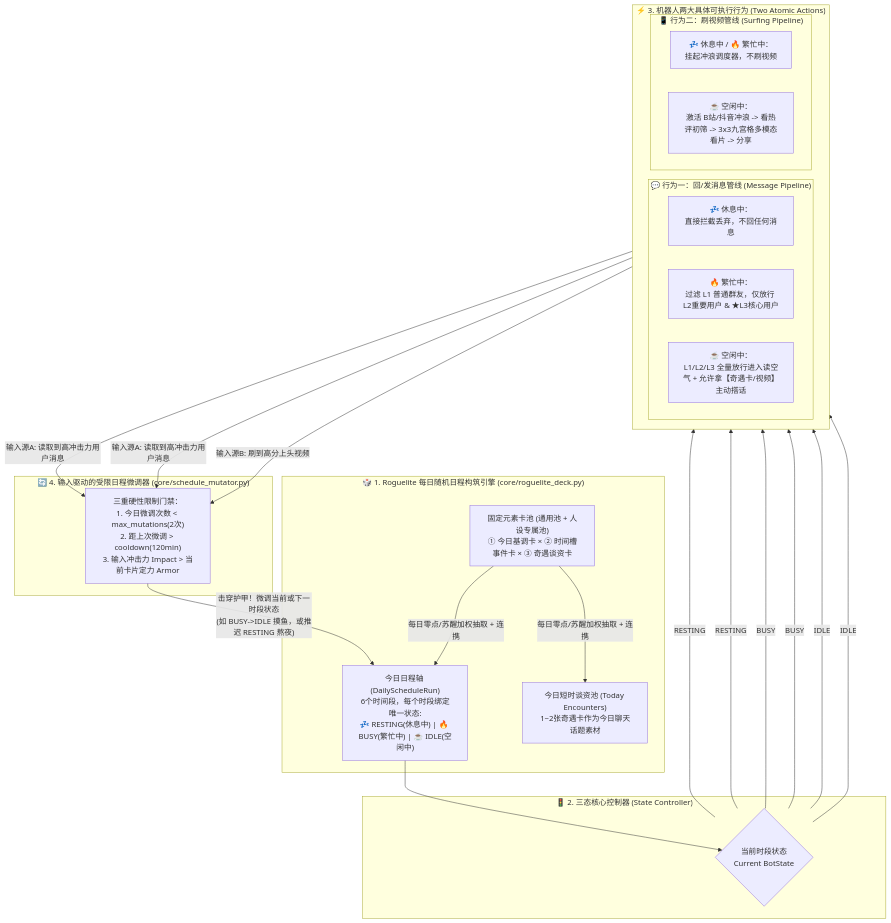
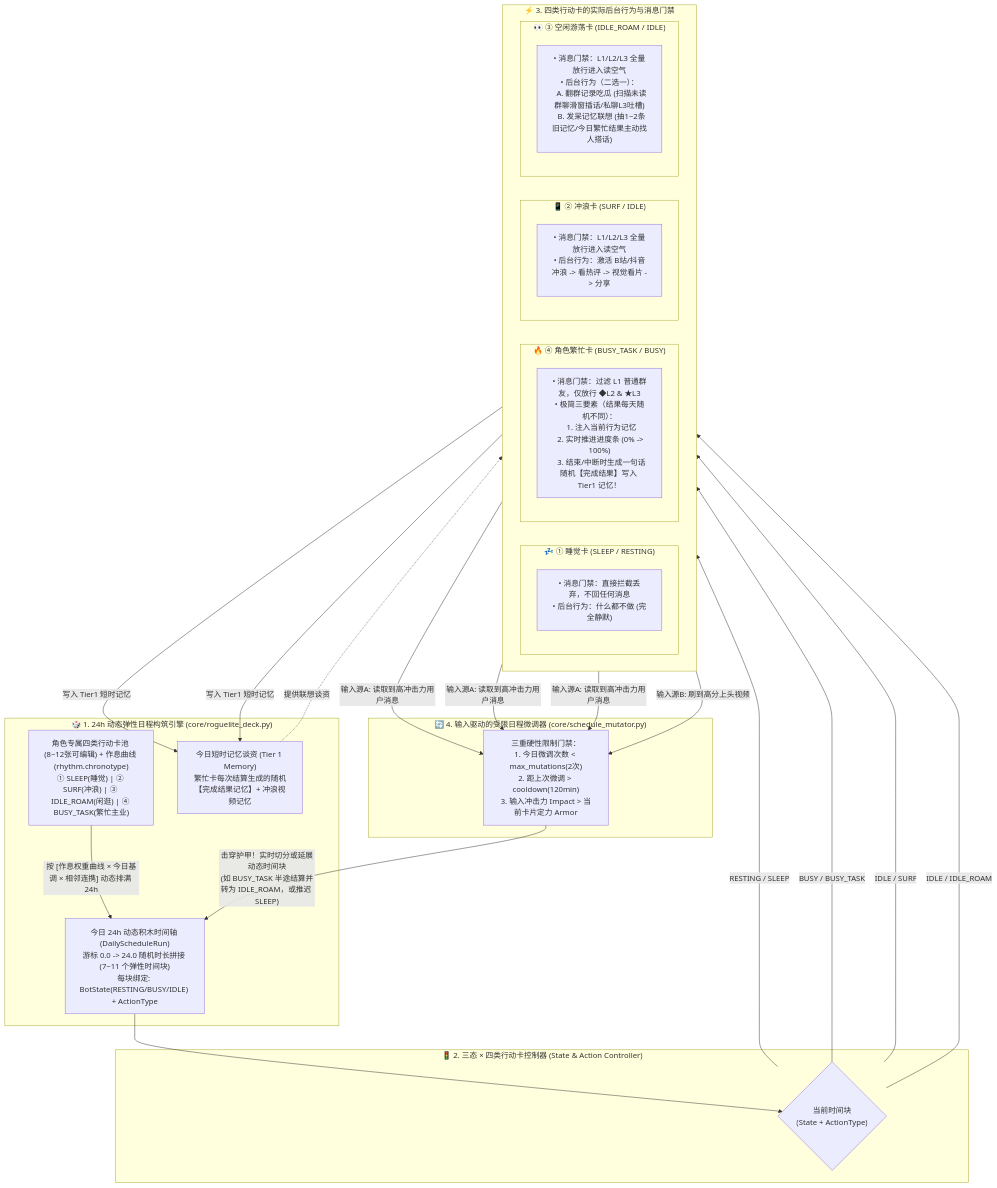
The diagram in docs/ARCHITECTURE.md (hidge123/astrbot_plugin_only_you), drawn with Mermaid before and after one commit. The commit also changed other lines of this file and 41 other files, not shown here.

````diff
--- a/docs/ARCHITECTURE.md
+++ b/docs/ARCHITECTURE.md
@@ -9,40 +9,48 @@
 ```mermaid
 flowchart TB
-    subgraph Roguelite["🎲 1. Roguelite 每日随机日程构筑引擎 (core/roguelite_deck.py)"]
-        Pool["固定元素卡池 (通用池 + 人设专属池)\n① 今日基调卡 × ② 时间槽事件卡 × ③ 奇遇谈资卡"]
-        Timeline["今日日程轴 (DailyScheduleRun)\n6个时间段，每个时段绑定唯一状态:\n💤 RESTING(休息中) | 🔥 BUSY(繁忙中) | ☕ IDLE(空闲中)"]
-        TalkPool["今日短时谈资池 (Today Encounters)\n1~2张奇遇卡作为今日聊天话题素材"]
-        Pool -->|"每日零点/苏醒加权抽取 + 连携"| Timeline & TalkPool
+    subgraph Roguelite["🎲 1. 24h 动态弹性日程构筑引擎 (core/roguelite_deck.py)"]
+        Pool["角色专属四类行动卡池 (8~12张可编辑) + 作息曲线 (rhythm.chronotype)\n① SLEEP(睡觉) | ② SURF(冲浪) | ③ IDLE_ROAM(闲逛) | ④ BUSY_TASK(繁忙主业)"]
+        Timeline["今日 24h 动态积木时间轴 (DailyScheduleRun)\n游标 0.0 -> 24.0 随机时长拼接 (7~11 个弹性时间块)\n每块绑定: BotState(RESTING/BUSY/IDLE) + ActionType"]
+        TalkPool["今日短时记忆谈资 (Tier 1 Memory)\n繁忙卡每次结算生成的随机【完成结果记忆】+ 冲浪视频记忆"]
+        Pool -->|"按 [作息权重曲线 × 今日基调 × 相邻连携] 动态排满 24h"| Timeline
     end
 
-    subgraph StateGate["🚦 2. 三态核心控制器 (State Controller)"]
-        CurState{"当前时段状态\nCurrent BotState"}
-        Timeline --> CurState
+    subgraph StateGate["🚦 2. 三态 × 四类行动卡控制器 (State & Action Controller)"]
+        CurBlock{"当前时间块\n(State + ActionType)"}
+        Timeline --> CurBlock
     end
 
-    subgraph TwoActions["⚡ 3. 机器人两大具体可执行行为 (Two Atomic Actions)"]
+    subgraph ExecPipelines["⚡ 3. 四类行动卡的实际后台行为与消息门禁"]
         direction LR
-        subgraph ActMsg["💬 行为一：回/发消息管线 (Message Pipeline)"]
-            M_Rest["💤 休息中：\n直接拦截丢弃，不回任何消息"]
-            M_Busy["🔥 繁忙中：\n过滤 L1 普通群友，仅放行 L2重要用户 & ★L3核心用户"]
-            M_Idle["☕ 空闲中：\nL1/L2/L3 全量放行进入读空气 + 允许拿【奇遇卡/视频】主动搭话"]
+        subgraph ActSleep["💤 ① 睡觉卡 (SLEEP / RESTING)"]
+            S_Behavior["• 消息门禁：直接拦截丢弃，不回任何消息\n• 后台行为：什么都不做 (完全静默)"]
         end
 
-        subgraph ActVideo["📱 行为二：刷视频管线 (Surfing Pipeline)"]
-            V_Off["💤 休息中 / 🔥 繁忙中：\n挂起冲浪调度器，不刷视频"]
-            V_On["☕ 空闲中：\n激活 B站/抖音冲浪 -> 看热评初筛 -> 3x3九宫格多模态看片 -> 分享"]
+        subgraph ActBusy["🔥 ④ 角色繁忙卡 (BUSY_TASK / BUSY)"]
+            B_Behavior["• 消息门禁：过滤 L1 普通群友，仅放行 ◆L2 & ★L3\n• 极简三要素（结果每天随机不同）：\n  1. 注入当前行为记忆\n  2. 实时推进进度条 (0% -> 100%)\n  3. 结束/中断时生成一句话随机【完成结果】写入 Tier1 记忆！"]
+        end
+
+        subgraph ActSurf["📱 ② 冲浪卡 (SURF / IDLE)"]
+            I_Surf["• 消息门禁：L1/L2/L3 全量放行进入读空气\n• 后台行为：激活 B站/抖音冲浪 -> 看热评 -> 视觉看片 -> 分享"]
+        end
+
+        subgraph ActRoam["👀 ③ 空闲游荡卡 (IDLE_ROAM / IDLE)"]
+            I_Roam["• 消息门禁：L1/L2/L3 全量放行进入读空气\n• 后台行为（二选一）：\n  A. 翻群记录吃瓜 (扫描未读群聊滑窗插话/私聊L3吐槽)\n  B. 发呆记忆联想 (抽1~2条旧记忆/今日繁忙结果主动找人搭话)"]
         end
     end
 
-    CurState -->|"RESTING"| M_Rest & V_Off
-    CurState -->|"BUSY"| M_Busy & V_Off
-    CurState -->|"IDLE"| M_Idle & V_On
+    CurBlock -->|"RESTING / SLEEP"| ActSleep
+    CurBlock -->|"BUSY / BUSY_TASK"| ActBusy
+    CurBlock -->|"IDLE / SURF"| ActSurf
+    CurBlock -->|"IDLE / IDLE_ROAM"| ActRoam
+    ActBusy & ActSurf -->|"写入 Tier1 短时记忆"| TalkPool
+    TalkPool -.->|"提供联想谈资"| ActRoam
 
     subgraph Mutator["🔄 4. 输入驱动的受限日程微调器 (core/schedule_mutator.py)"]
         Gate["三重硬性限制门禁：\n1. 今日微调次数 < max_mutations(2次)\n2. 距上次微调 > cooldown(120min)\n3. 输入冲击力 Impact > 当前卡片定力 Armor"]
     end
 
-    M_Busy & M_Idle -->|"输入源A: 读取到高冲击力用户消息"| Gate
-    V_On -->|"输入源B: 刷到高分上头视频"| Gate
-    Gate -->|"击穿护甲！微调当前或下一时段状态\n(如 BUSY->IDLE 摸鱼，或推迟 RESTING 熬夜)"| Timeline
+    ActBusy & ActSurf & ActRoam -->|"输入源A: 读取到高冲击力用户消息"| Gate
+    ActSurf -->|"输入源B: 刷到高分上头视频"| Gate
+    Gate -->|"击穿护甲！实时切分或延展动态时间块\n(如 BUSY_TASK 半途结算并转为 IDLE_ROAM，或推迟 SLEEP)"| Timeline
 ```
````
